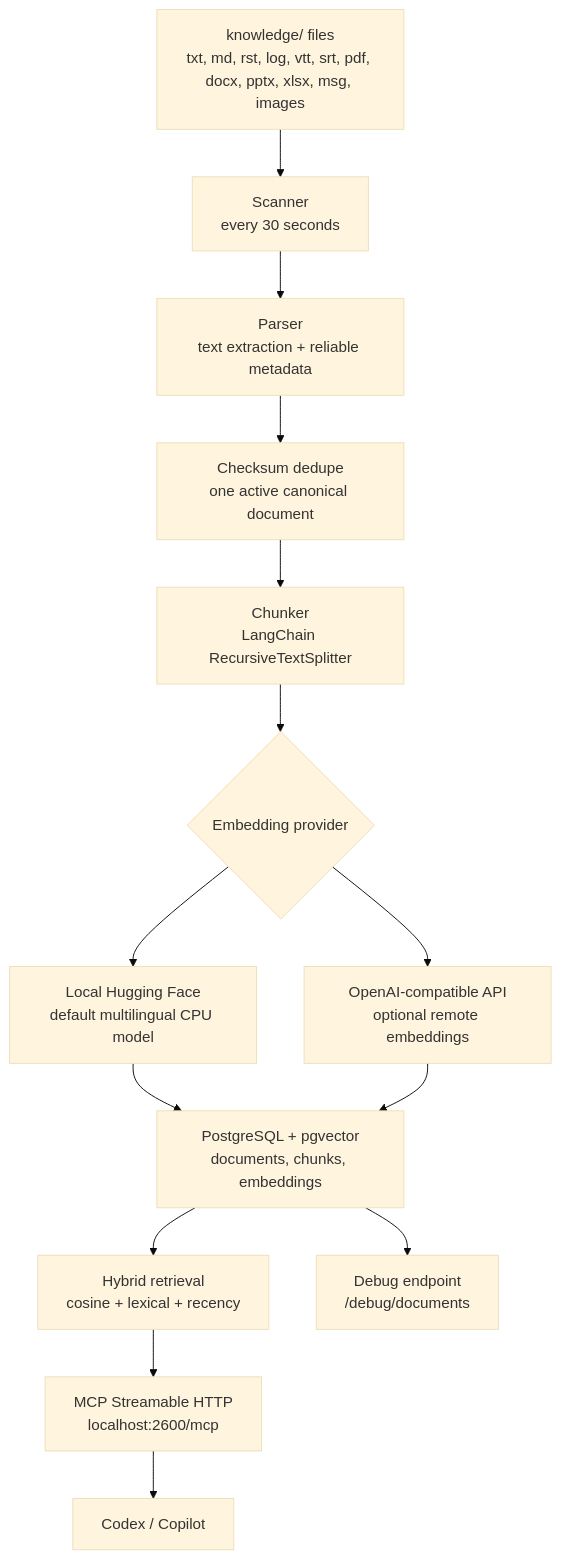
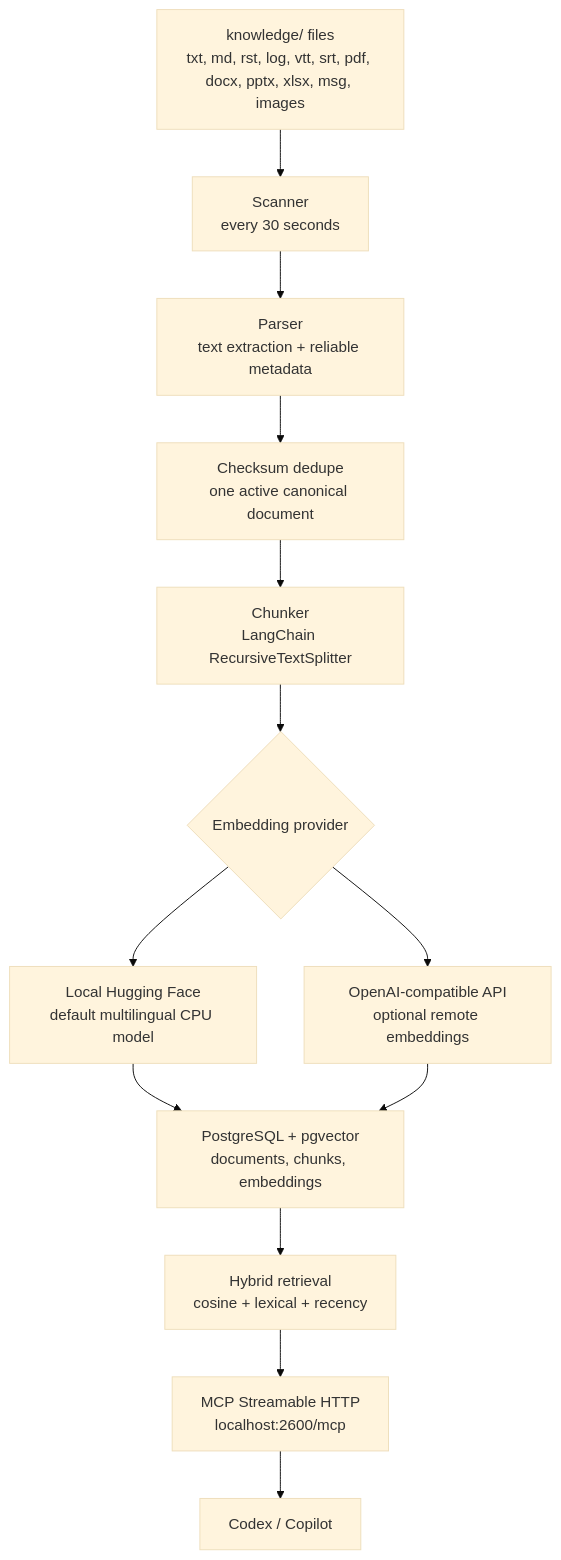
One commit to wgruszczyk/tpo-agentic-automation-document-memory-rag changed the diagram in README.md. Above: the diagram before and after it, drawn with Mermaid (base theme). The commit also changed other lines of this file and 6 other files, not shown here.

````diff
--- a/README.md
+++ b/README.md
@@ -37,16 +35,15 @@
 ```mermaid
 flowchart TD
     A["knowledge/ files<br/>txt, md, rst, log, vtt, srt, pdf, docx, pptx, xlsx, msg, images"] --> B["Scanner<br/>every 30 seconds"]
     B --> C["Parser<br/>text extraction + reliable metadata"]
     C --> D["Checksum dedupe<br/>one active canonical document"]
     D --> E["Chunker<br/>LangChain RecursiveTextSplitter"]
     E --> F{"Embedding provider"}
     F --> G["Local Hugging Face<br/>default multilingual CPU model"]
     F --> H["OpenAI-compatible API<br/>optional remote embeddings"]
     G --> I["PostgreSQL + pgvector<br/>documents, chunks, embeddings"]
     H --> I
     I --> J["Hybrid retrieval<br/>cosine + lexical + recency"]
     J --> K["MCP Streamable HTTP<br/>localhost:2600/mcp"]
-    I --> L["Debug endpoint<br/>/debug/documents"]
-    K --> M["Codex / Copilot"]
+    K --> L["Codex / Copilot"]
 ```
````
